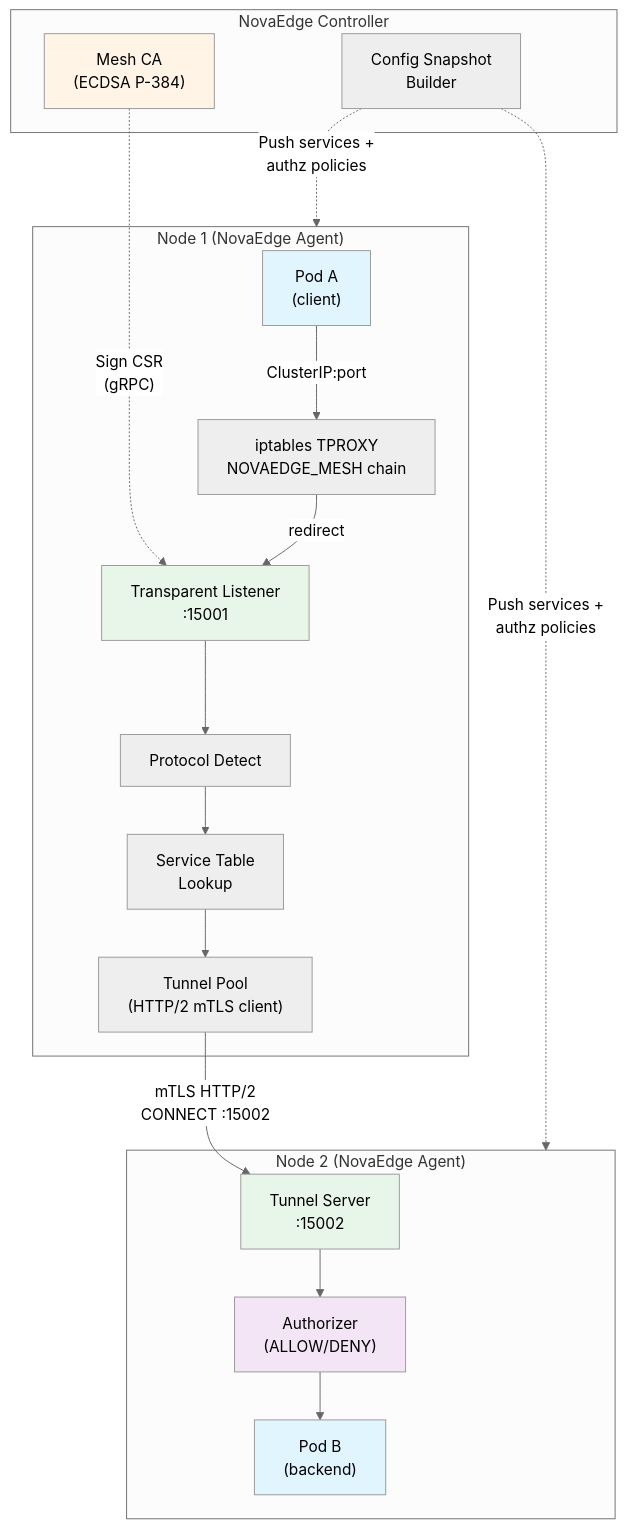
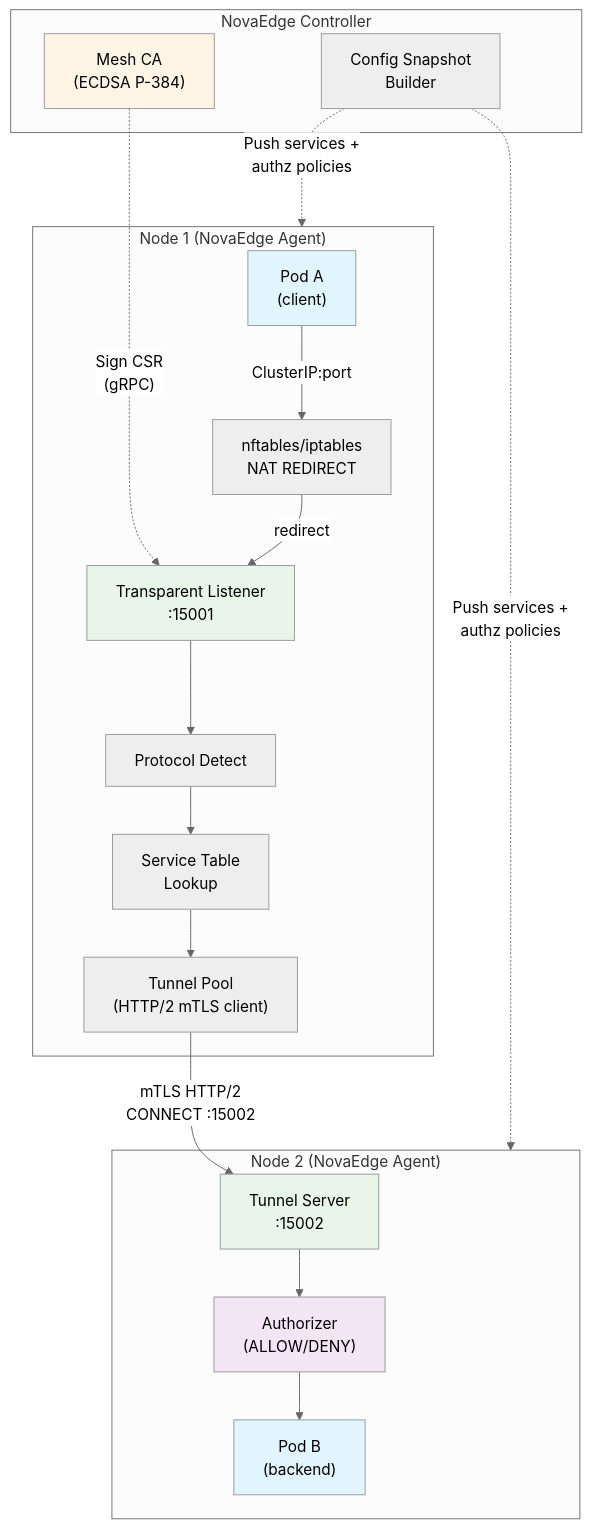
The first of 4 diagrams in docs/user-guide/service-mesh.md (azrtydxb/novaedge), drawn with Mermaid (neutral theme) before and after one commit. The commit also changed other lines of this file and 12 other files, not shown here.

First line of the commit message:
[Feature] Replace iptables exec with nftables/netlink API for mesh interception (#514)

````diff
--- a/docs/user-guide/service-mesh.md
+++ b/docs/user-guide/service-mesh.md
@@ -20,33 +20,33 @@
 ```mermaid
 flowchart TB
     subgraph Node1["Node 1 (NovaEdge Agent)"]
-        Pod1["Pod A<br/>(client)"] -->|"ClusterIP:port"| IPT1["iptables TPROXY<br/>NOVAEDGE_MESH chain"]
+        Pod1["Pod A<br/>(client)"] -->|"ClusterIP:port"| IPT1["nftables/iptables<br/>NAT REDIRECT"]
         IPT1 -->|"redirect"| TL1["Transparent Listener<br/>:15001"]
         TL1 --> PD1["Protocol Detect"]
         PD1 --> ST1["Service Table<br/>Lookup"]
         ST1 --> TP1["Tunnel Pool<br/>(HTTP/2 mTLS client)"]
     end
 
     TP1 -->|"mTLS HTTP/2<br/>CONNECT :15002"| TS2
 
     subgraph Node2["Node 2 (NovaEdge Agent)"]
         TS2["Tunnel Server<br/>:15002"] --> AZ2["Authorizer<br/>(ALLOW/DENY)"]
         AZ2 --> Pod2["Pod B<br/>(backend)"]
     end
 
     subgraph Controller["NovaEdge Controller"]
         CA["Mesh CA<br/>(ECDSA P-384)"]
         SB["Config Snapshot<br/>Builder"]
     end
 
     CA -.->|"Sign CSR<br/>(gRPC)"| TL1
     SB -.->|"Push services +<br/>authz policies"| Node1
     SB -.->|"Push services +<br/>authz policies"| Node2
 
     style Pod1 fill:#e1f5ff
     style Pod2 fill:#e1f5ff
     style CA fill:#fff4e6
     style AZ2 fill:#f3e5f5
     style TS2 fill:#e8f5e9
     style TL1 fill:#e8f5e9
 ```
````
